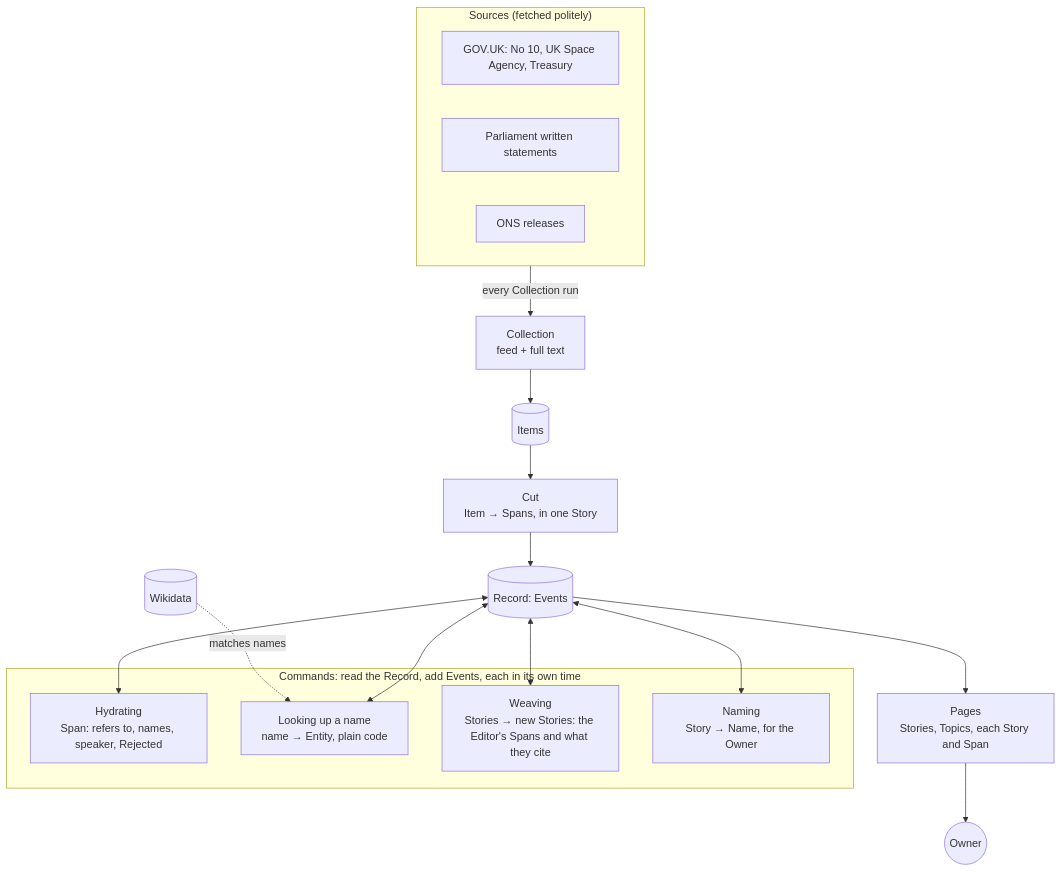
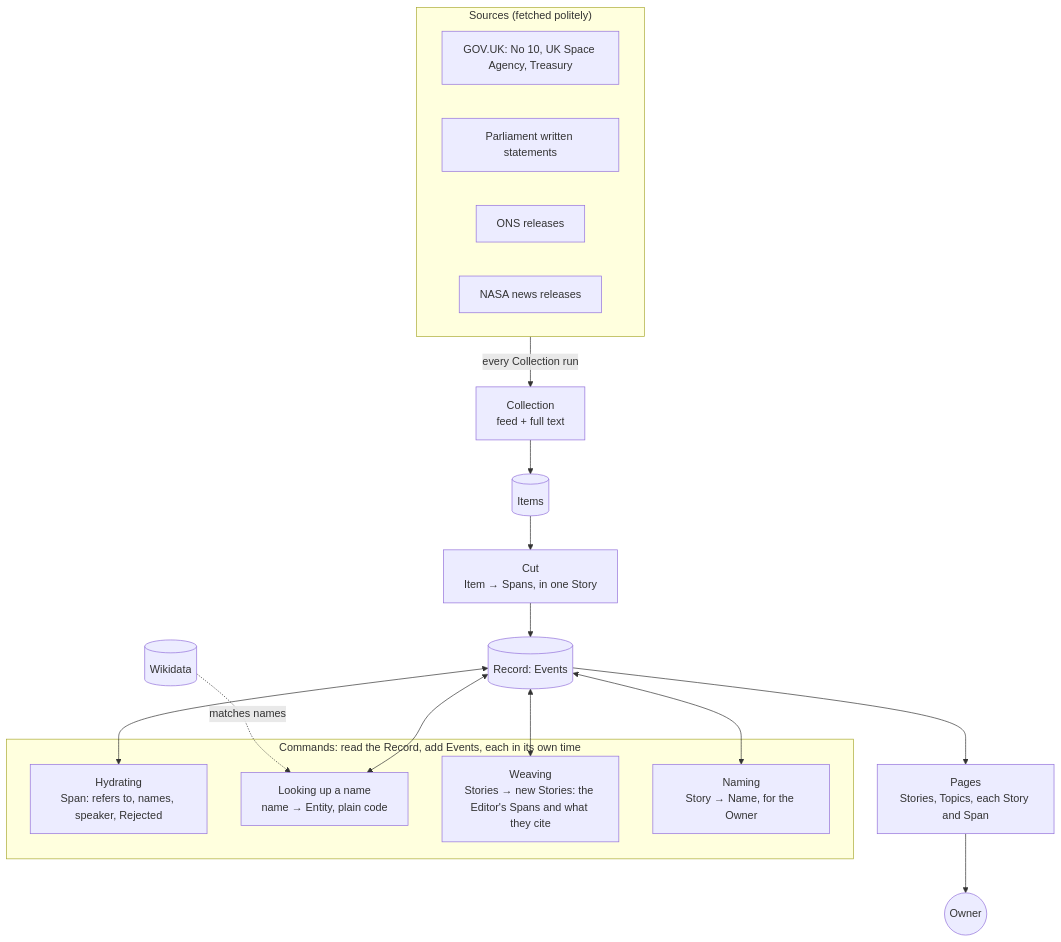
One commit to samthorold/go-slow changed the diagram in README.md. Above: the diagram before and after it, drawn with Mermaid. The commit also changed 9 other files, not shown here.

````diff
--- a/README.md
+++ b/README.md
@@ -13,29 +13,30 @@
 ```mermaid
 flowchart TD
     subgraph Sources["Sources (fetched politely)"]
         GOV[GOV.UK: No 10, UK Space Agency, Treasury]
         PARL[Parliament written statements]
         ONS[ONS releases]
+        NASA[NASA news releases]
     end
 
     Sources -->|every Collection run| COLLECT[Collection<br/>feed + full text]
     COLLECT --> ITEMS[(Items)]
     ITEMS --> CUT[Cut<br/>Item → Spans, in one Story]
     CUT --> RECORD[(Record: Events)]
 
     subgraph Commands["Commands: read the Record, add Events, each in its own time"]
         HYDRATE[Hydrating<br/>Span: refers to, names, speaker, Rejected]
         LOOKUP[Looking up a name<br/>name → Entity, plain code]
         WEAVE[Weaving<br/>Stories → new Stories: the Editor's Spans and what they cite]
         NAME[Naming<br/>Story → Name, for the Owner]
     end
 
     RECORD <--> HYDRATE
     RECORD <--> LOOKUP
     RECORD <--> WEAVE
     RECORD <--> NAME
     WD[(Wikidata)] -.->|matches names| LOOKUP
 
     RECORD --> PAGES[Pages<br/>Stories, Topics, each Story and Span]
     PAGES --> OWNER((Owner))
 ```
````
